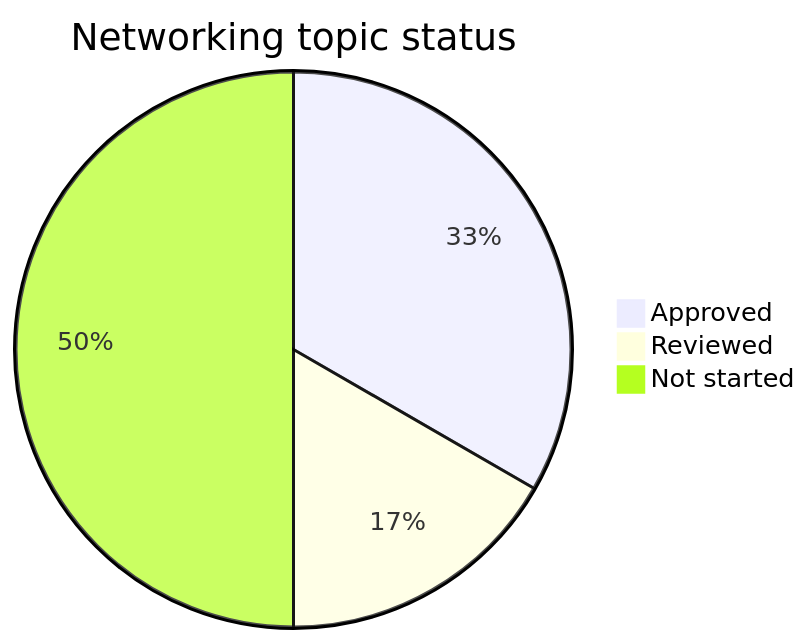
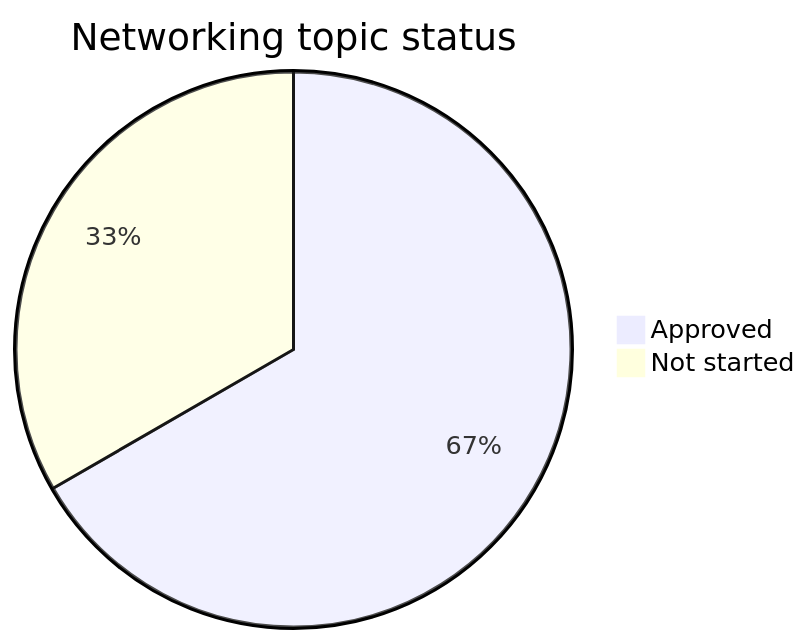
Before and after one commit to Zakoroo/computer_networks: the first of 7 diagrams in PROGRESS.md, drawn with Mermaid. The commit also changed other lines of this file and 44 other files, not shown here.

````diff
--- a/PROGRESS.md
+++ b/PROGRESS.md
@@ -17,6 +17,5 @@
 ```mermaid
 pie title Networking topic status
-    "Approved" : 2
-    "Reviewed" : 1
-    "Not started" : 3
+    "Approved" : 4
+    "Not started" : 2
 ```
````
